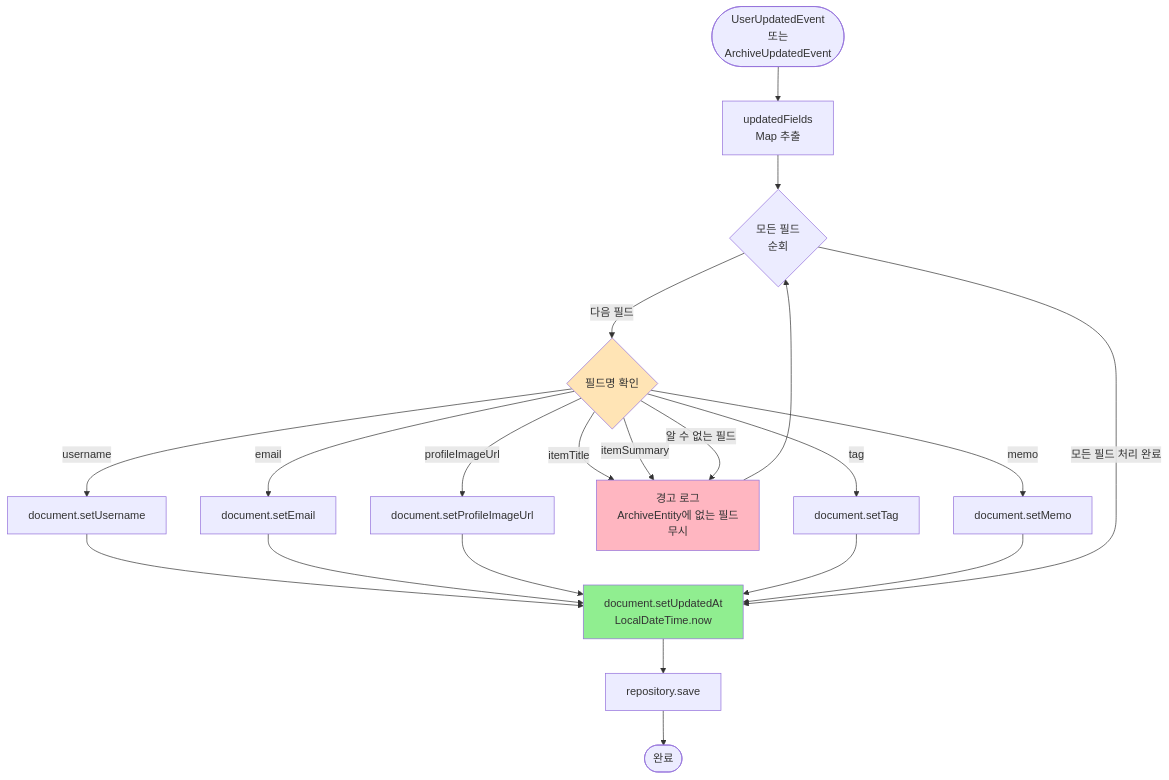
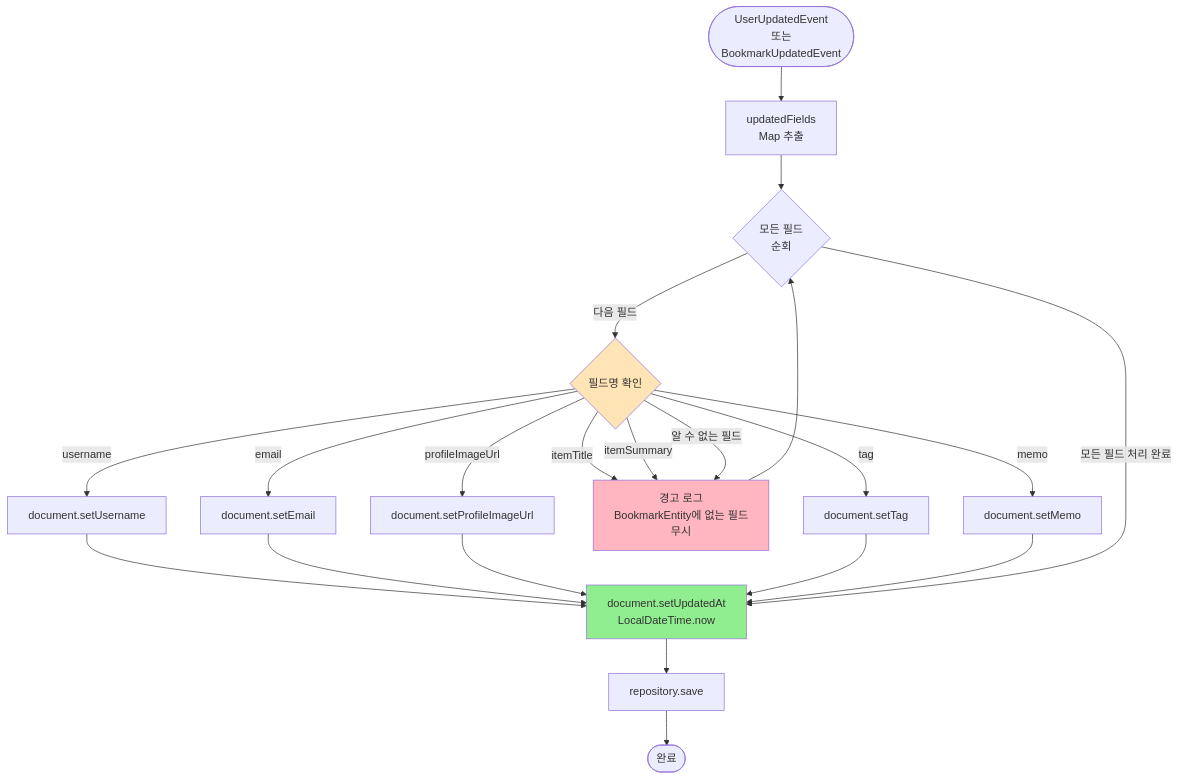
The seventh of 8 diagrams in docs/step11/cqrs-kafka-sync-design.md (thswlsqls/tech-n-ai), drawn with Mermaid before and after one commit. The commit also changed other lines of this file and 68 other files, not shown here.

````diff
--- a/docs/step11/cqrs-kafka-sync-design.md
+++ b/docs/step11/cqrs-kafka-sync-design.md
@@ -1637,31 +1636,31 @@
 ```mermaid
 flowchart TD
-    Start([UserUpdatedEvent<br/>또는<br/>ArchiveUpdatedEvent]) --> Extract[updatedFields<br/>Map 추출]
+    Start([UserUpdatedEvent<br/>또는<br/>BookmarkUpdatedEvent]) --> Extract[updatedFields<br/>Map 추출]
     Extract --> Loop{모든 필드<br/>순회}
     Loop -->|다음 필드| CheckField{필드명 확인}
     
     CheckField -->|username| SetUsername[document.setUsername]
     CheckField -->|email| SetEmail[document.setEmail]
     CheckField -->|profileImageUrl| SetProfileImage[document.setProfileImageUrl]
-    CheckField -->|itemTitle| WarnLog[경고 로그<br/>ArchiveEntity에 없는 필드<br/>무시]
+    CheckField -->|itemTitle| WarnLog[경고 로그<br/>BookmarkEntity에 없는 필드<br/>무시]
     CheckField -->|itemSummary| WarnLog
     CheckField -->|tag| SetTag[document.setTag]
     CheckField -->|memo| SetMemo[document.setMemo]
     CheckField -->|알 수 없는 필드| WarnLog
     
     SetUsername --> SetUpdatedAt
     SetEmail --> SetUpdatedAt
     SetProfileImage --> SetUpdatedAt
     SetTag --> SetUpdatedAt
     SetMemo --> SetUpdatedAt
     WarnLog --> Loop
     
     SetUpdatedAt[document.setUpdatedAt<br/>LocalDateTime.now] --> Save[repository.save]
     Save --> End([완료])
     
     Loop -->|모든 필드 처리 완료| SetUpdatedAt
     
     style CheckField fill:#FFE4B5
     style SetUpdatedAt fill:#90EE90
     style WarnLog fill:#FFB6C1
 ```
````
